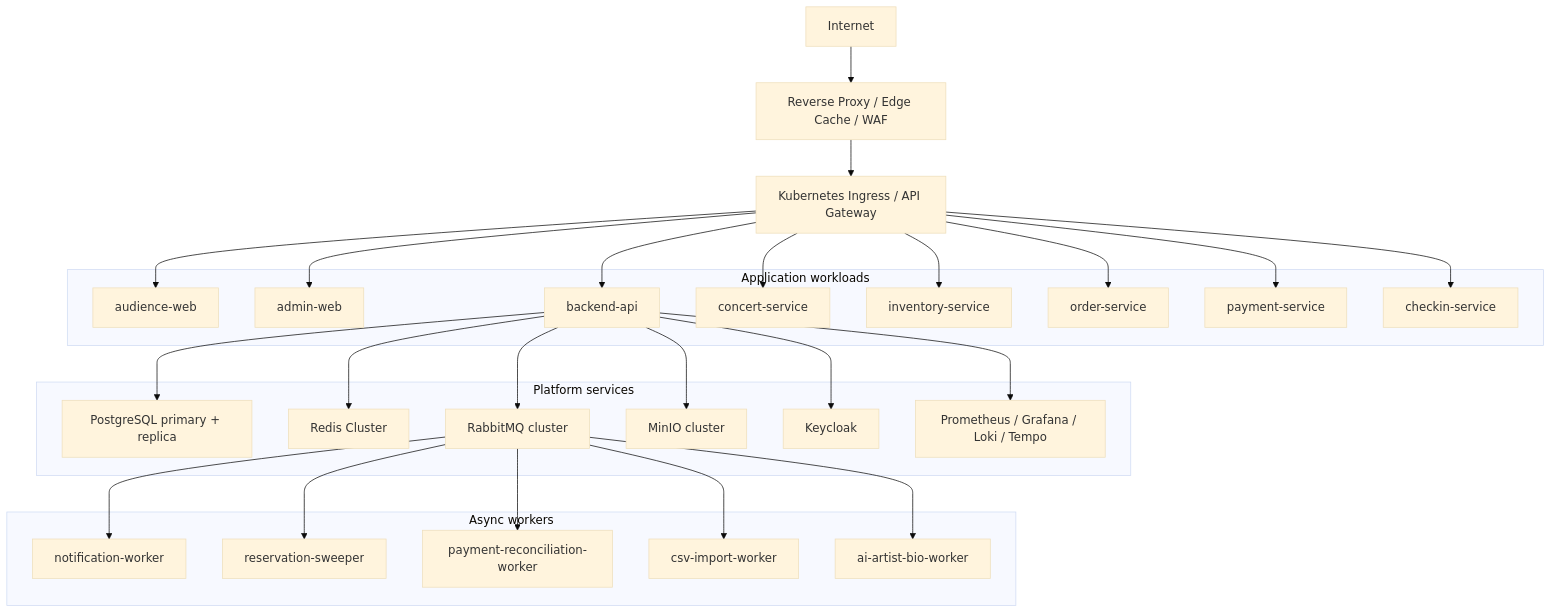
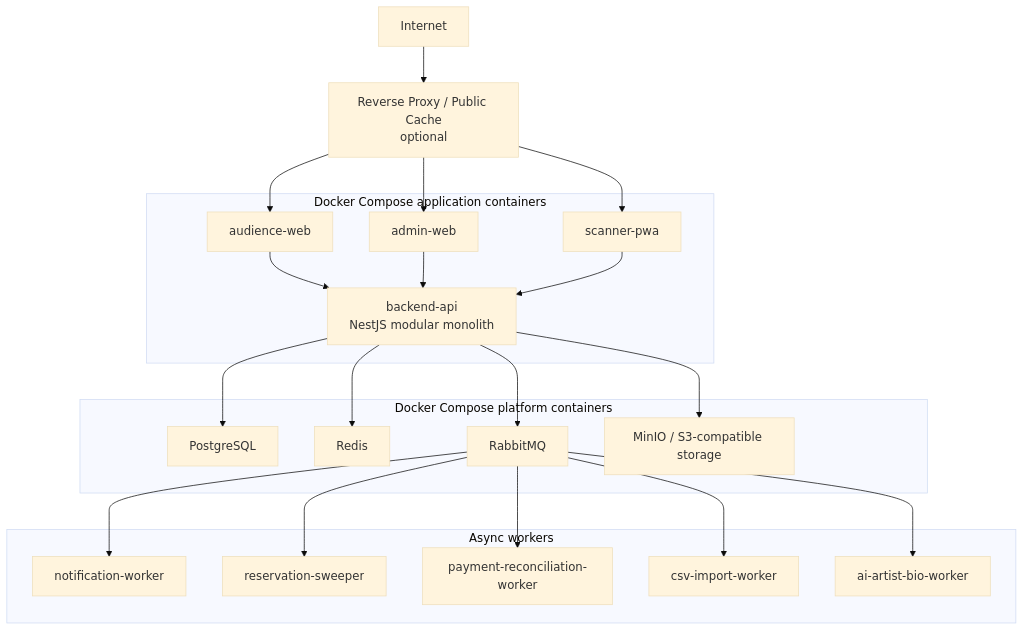
One commit to Toanapr/ticket-box changed the second of 2 diagrams in blueprint/03-high-level-architecture.md. Above: the diagram before and after it, drawn with Mermaid (base theme). The commit also changed other lines of this file and 11 other files, not shown here.

Commit message:
refactor: update system design documentation and architecture diagrams for clarity and accuracy

````diff
--- a/blueprint/03-high-level-architecture.md
+++ b/blueprint/03-high-level-architecture.md
@@ -97,58 +97,47 @@
 ```mermaid
 flowchart TD
     Internet["Internet"]
-    Edge["Reverse Proxy / Edge Cache / WAF"]
-    Gateway["Kubernetes Ingress / API Gateway"]
+    Edge["Reverse Proxy / Public Cache<br/>optional"]
 
-    Internet --> Edge --> Gateway
+    Internet --> Edge
 
-    subgraph Apps["Application workloads"]
+    subgraph Apps["Docker Compose application containers"]
         AudienceWeb["audience-web"]
         AdminWeb["admin-web"]
-        BackendAPI["backend-api"]
-        Concert["concert-service"]
-        Inventory["inventory-service"]
-        Order["order-service"]
-        Payment["payment-service"]
-        Checkin["checkin-service"]
+        ScannerWeb["scanner-pwa"]
+        BackendAPI["backend-api<br/>NestJS modular monolith"]
     end
 
     subgraph Workers["Async workers"]
         NotificationWorker["notification-worker"]
         ReservationSweeper["reservation-sweeper"]
         PaymentReconciliation["payment-reconciliation-worker"]
         CSVImport["csv-import-worker"]
         AIBioWorker["ai-artist-bio-worker"]
     end
 
-    subgraph Platform["Platform services"]
-        Postgres["PostgreSQL primary + replica"]
-        Redis["Redis Cluster"]
-        RabbitMQ["RabbitMQ cluster"]
-        MinIO["MinIO cluster"]
-        Keycloak["Keycloak"]
-        Observability["Prometheus / Grafana / Loki / Tempo"]
+    subgraph Platform["Docker Compose platform containers"]
+        Postgres["PostgreSQL"]
+        Redis["Redis"]
+        RabbitMQ["RabbitMQ"]
+        MinIO["MinIO / S3-compatible storage"]
     end
 
-    Gateway --> AudienceWeb
-    Gateway --> AdminWeb
-    Gateway --> BackendAPI
-    Gateway --> Concert
-    Gateway --> Inventory
-    Gateway --> Order
-    Gateway --> Payment
-    Gateway --> Checkin
+    Edge --> AudienceWeb
+    Edge --> AdminWeb
+    Edge --> ScannerWeb
+    AudienceWeb --> BackendAPI
+    AdminWeb --> BackendAPI
+    ScannerWeb --> BackendAPI
 
-    BackendAPI --> Keycloak
     BackendAPI --> Postgres
     BackendAPI --> Redis
     BackendAPI --> RabbitMQ
     BackendAPI --> MinIO
-    BackendAPI --> Observability
 
     RabbitMQ --> NotificationWorker
     RabbitMQ --> ReservationSweeper
     RabbitMQ --> PaymentReconciliation
     RabbitMQ --> CSVImport
     RabbitMQ --> AIBioWorker
 ```
````
